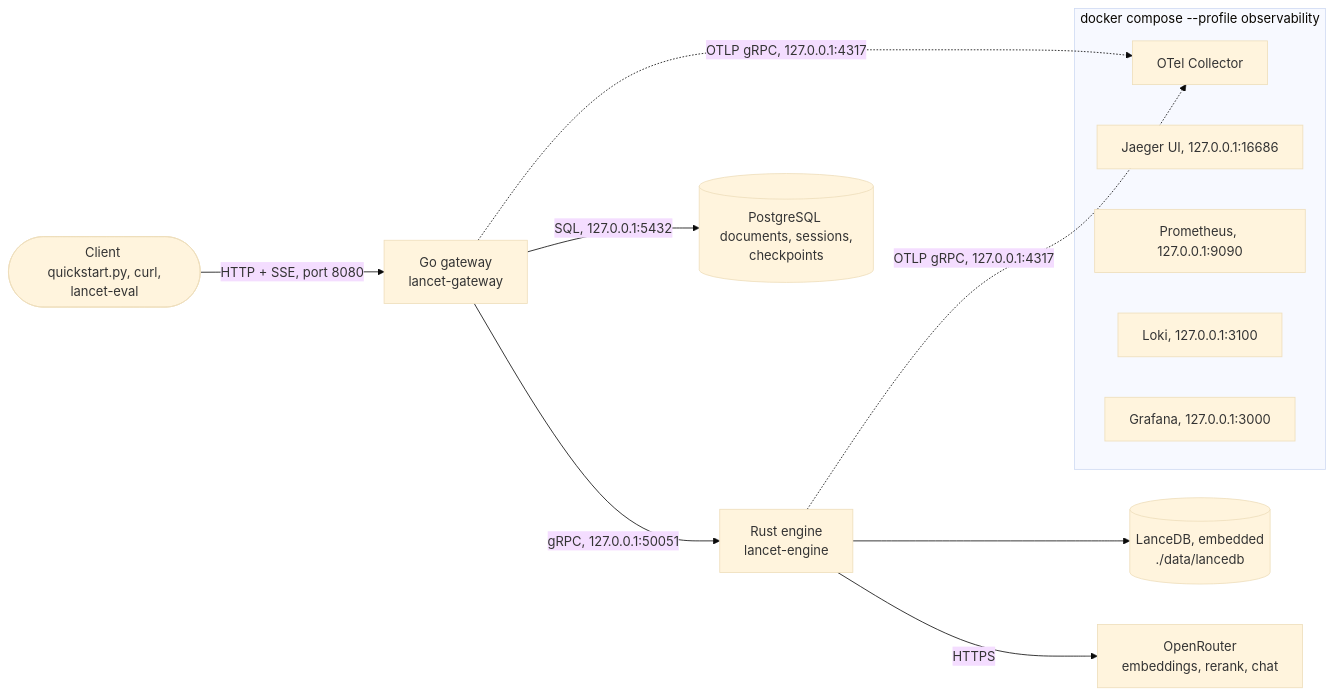
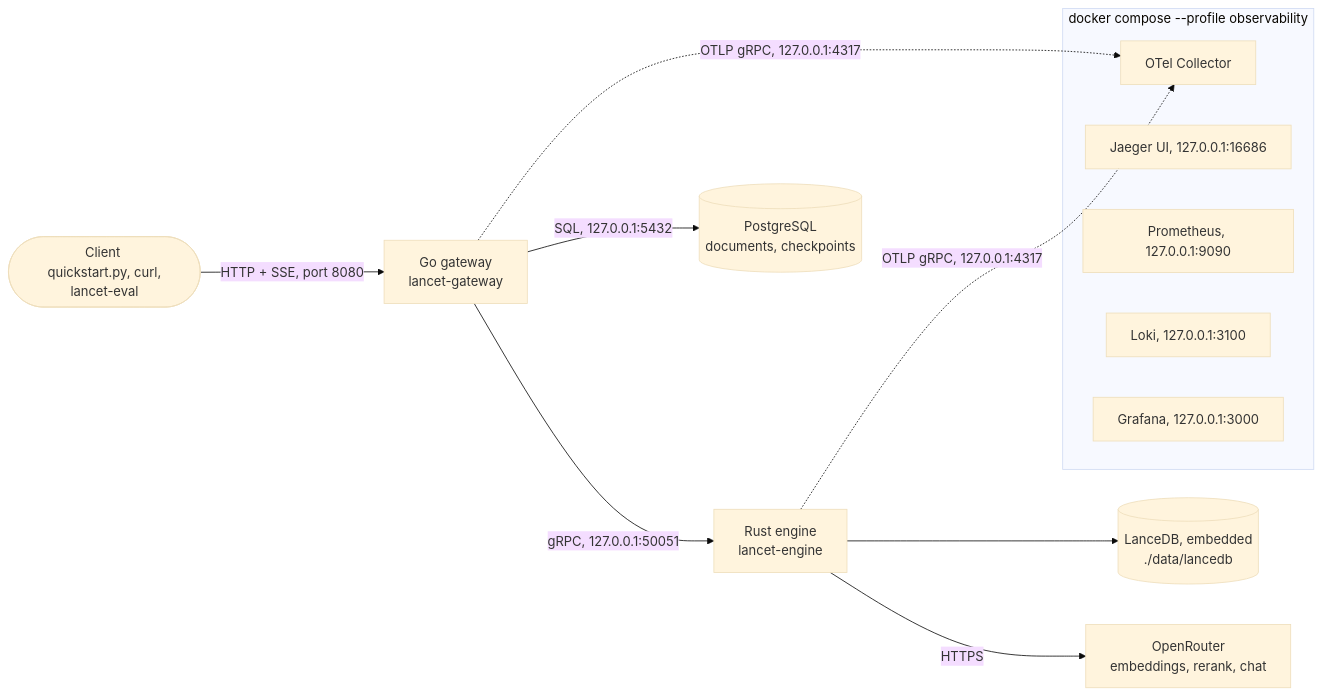
Before and after one commit to mileschintw/rust-lancedb-graphrag: the first of 2 diagrams in docs/observability.md, drawn with Mermaid (base theme). The commit also changed 5 other files, not shown here.

````diff
--- a/docs/observability.md
+++ b/docs/observability.md
@@ -38,17 +38,17 @@
 ```mermaid
 graph LR
     Client(["Client <br> quickstart.py, curl, lancet-eval"]) -->|"HTTP + SSE, port 8080"| GW["Go gateway <br> lancet-gateway"]
     GW -->|"gRPC, 127.0.0.1:50051"| EN["Rust engine <br> lancet-engine"]
-    GW -->|"SQL, 127.0.0.1:5432"| PG[("PostgreSQL <br> documents, sessions, checkpoints")]
+    GW -->|"SQL, 127.0.0.1:5432"| PG[("PostgreSQL <br> documents, checkpoints")]
     EN --> LDB[("LanceDB, embedded <br> ./data/lancedb")]
     EN -->|HTTPS| OR["OpenRouter <br> embeddings, rerank, chat"]
     GW -.->|"OTLP gRPC, 127.0.0.1:4317"| COL
     EN -.->|"OTLP gRPC, 127.0.0.1:4317"| COL
     subgraph OBS["docker compose --profile observability"]
         COL["OTel Collector"]
         JA["Jaeger UI, 127.0.0.1:16686"]
         PR["Prometheus, 127.0.0.1:9090"]
         LO["Loki, 127.0.0.1:3100"]
         GR["Grafana, 127.0.0.1:3000"]
     end
 ```
````
